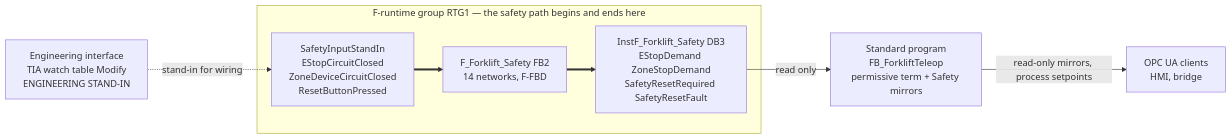
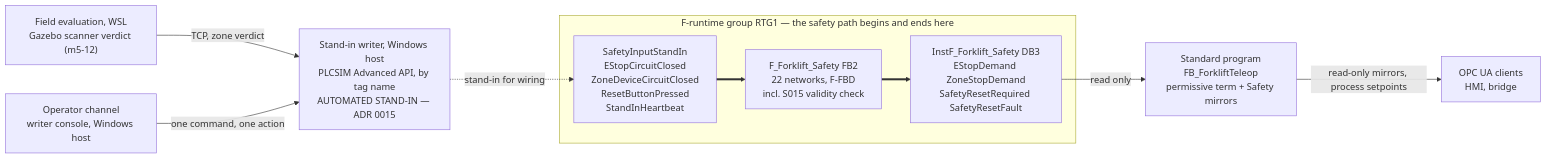
One commit to ozkannceylan/amr-agent changed the diagram in plc/forklift-safety/SPEC.md. Above: the diagram before and after it, drawn with Mermaid. The commit also changed other lines of this file and 5 other files, not shown here.

````diff
--- a/plc/forklift-safety/SPEC.md
+++ b/plc/forklift-safety/SPEC.md
@@ -56,17 +70,21 @@
 ```mermaid
 graph LR
     subgraph FRT["F-runtime group RTG1 — the safety path begins and ends here"]
-        IN["SafetyInputStandIn<br/>EStopCircuitClosed<br/>ZoneDeviceCircuitClosed<br/>ResetButtonPressed"]
-        FB["F_Forklift_Safety FB2<br/>14 networks, F-FBD"]
+        IN["SafetyInputStandIn<br/>EStopCircuitClosed<br/>ZoneDeviceCircuitClosed<br/>ResetButtonPressed<br/>StandInHeartbeat"]
+        FB["F_Forklift_Safety FB2<br/>22 networks, F-FBD<br/>incl. S015 validity check"]
         DB["InstF_Forklift_Safety DB3<br/>EStopDemand ZoneStopDemand<br/>SafetyResetRequired SafetyResetFault"]
     end
-    ENG["Engineering interface<br/>TIA watch table Modify<br/>ENGINEERING STAND-IN"]
+    FE["Field evaluation, WSL<br/>Gazebo scanner verdict (m5-12)"]
+    OP["Operator channel<br/>writer console, Windows host"]
+    WR["Stand-in writer, Windows host<br/>PLCSIM Advanced API, by tag name<br/>AUTOMATED STAND-IN — ADR 0015"]
     STD["Standard program<br/>FB_ForkliftTeleop<br/>permissive term + Safety mirrors"]
     CL["OPC UA clients<br/>HMI, bridge"]
 
-    ENG -.->|stand-in for wiring| IN
+    FE -->|TCP, zone verdict| WR
+    OP -->|one command, one action| WR
+    WR -.->|stand-in for wiring| IN
     IN ==> FB
     FB ==> DB
     DB -->|read only| STD
     STD -->|read-only mirrors, process setpoints| CL
 ```
````
